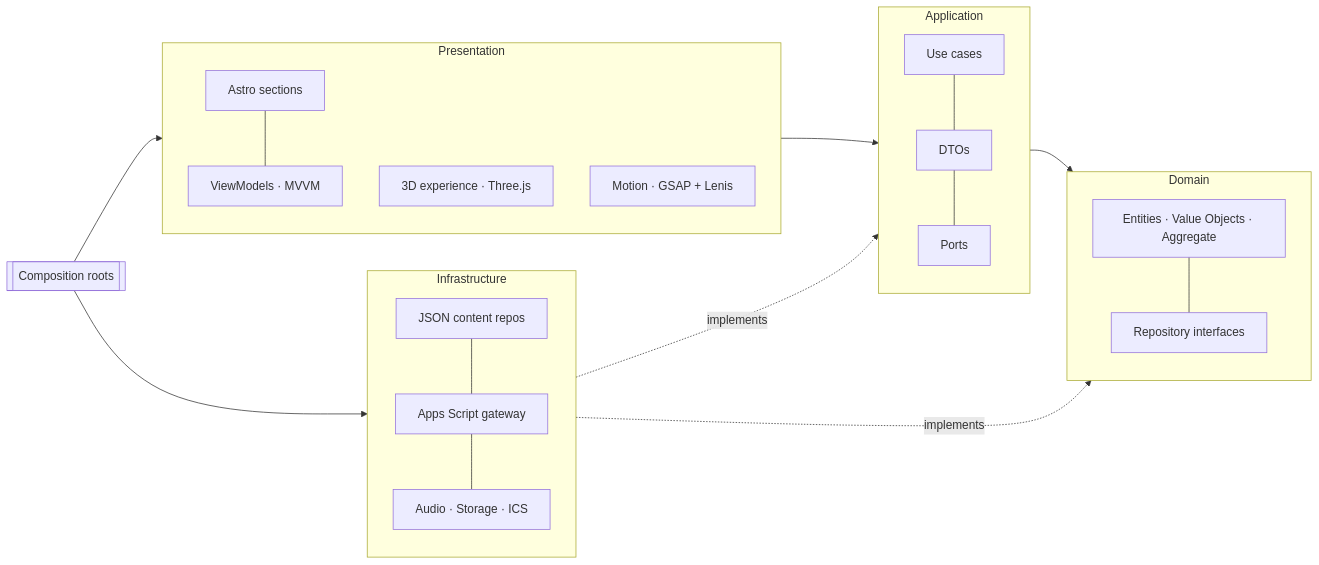
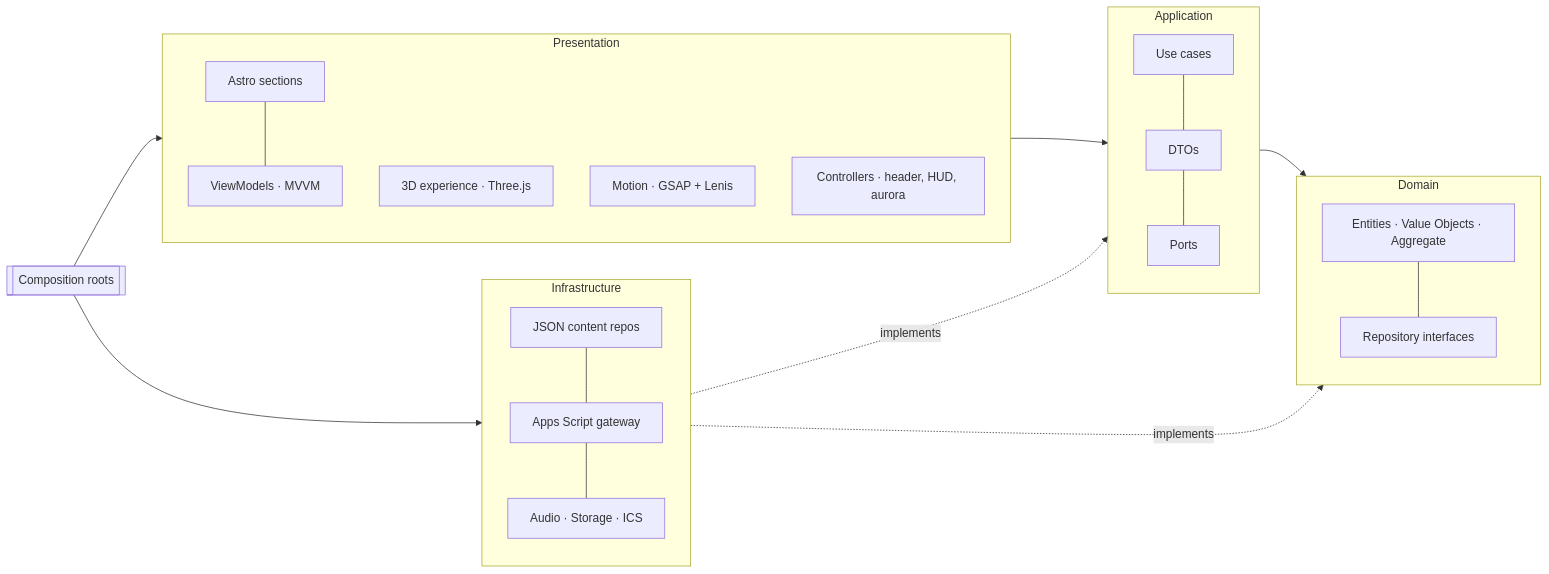
The first of 2 diagrams in README.md (Marcos-Codfy/lp-hackarun), drawn with Mermaid before and after one commit. The commit also changed other lines of this file and 33 other files, not shown here.

````diff
--- a/README.md
+++ b/README.md
@@ -84,22 +122,23 @@
 ```mermaid
 flowchart LR
   subgraph Presentation
     S[Astro sections] --- VM[ViewModels · MVVM]
     X[3D experience · Three.js]
     M[Motion · GSAP + Lenis]
+    CT[Controllers · header, HUD, aurora]
   end
   subgraph Application
     UC[Use cases] --- DTO[DTOs] --- PORT[Ports]
   end
   subgraph Domain
     E[Entities · Value Objects · Aggregate] --- R[Repository interfaces]
   end
   subgraph Infrastructure
     J[JSON content repos] --- G[Apps Script gateway] --- A[Audio · Storage · ICS]
   end
   C[[Composition roots]]
   Presentation --> Application --> Domain
   Infrastructure -. implements .-> Domain
   Infrastructure -. implements .-> Application
   C --> Presentation & Infrastructure
 ```
````
